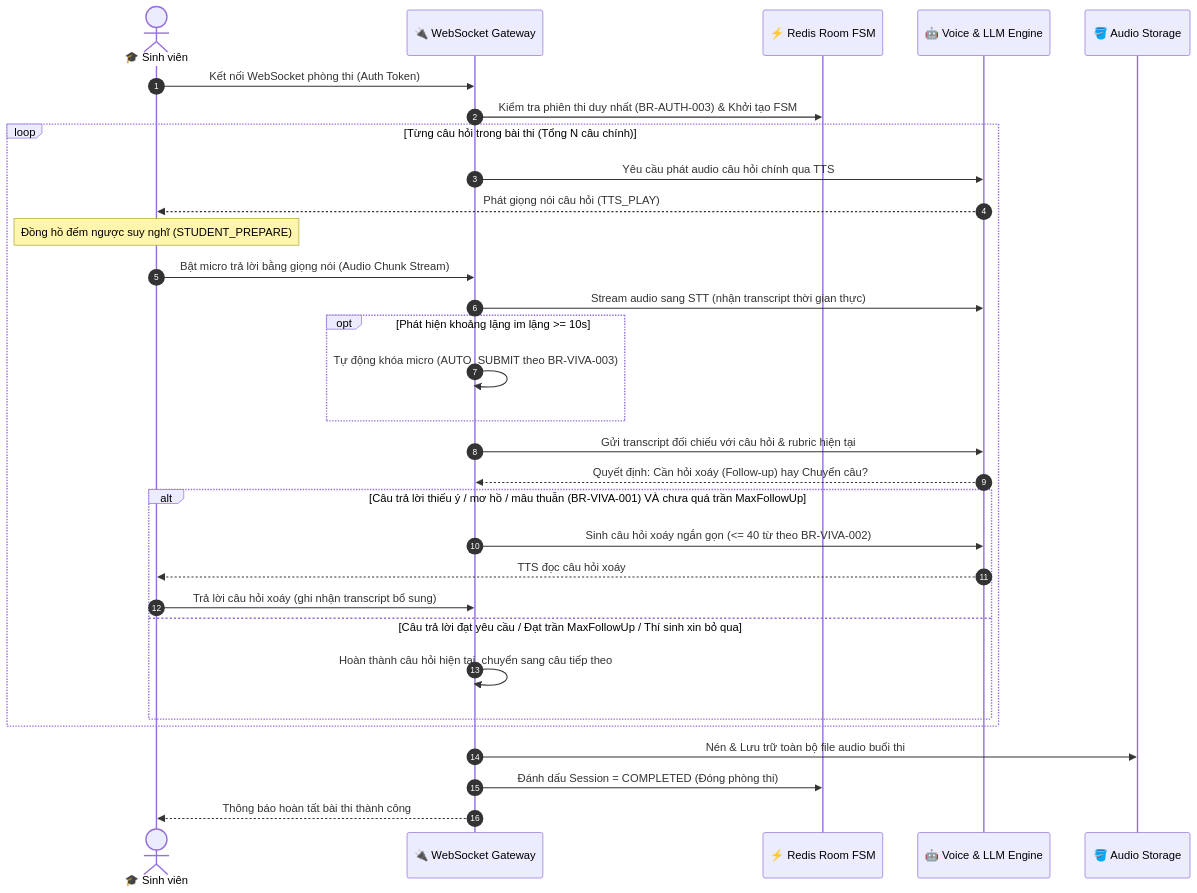
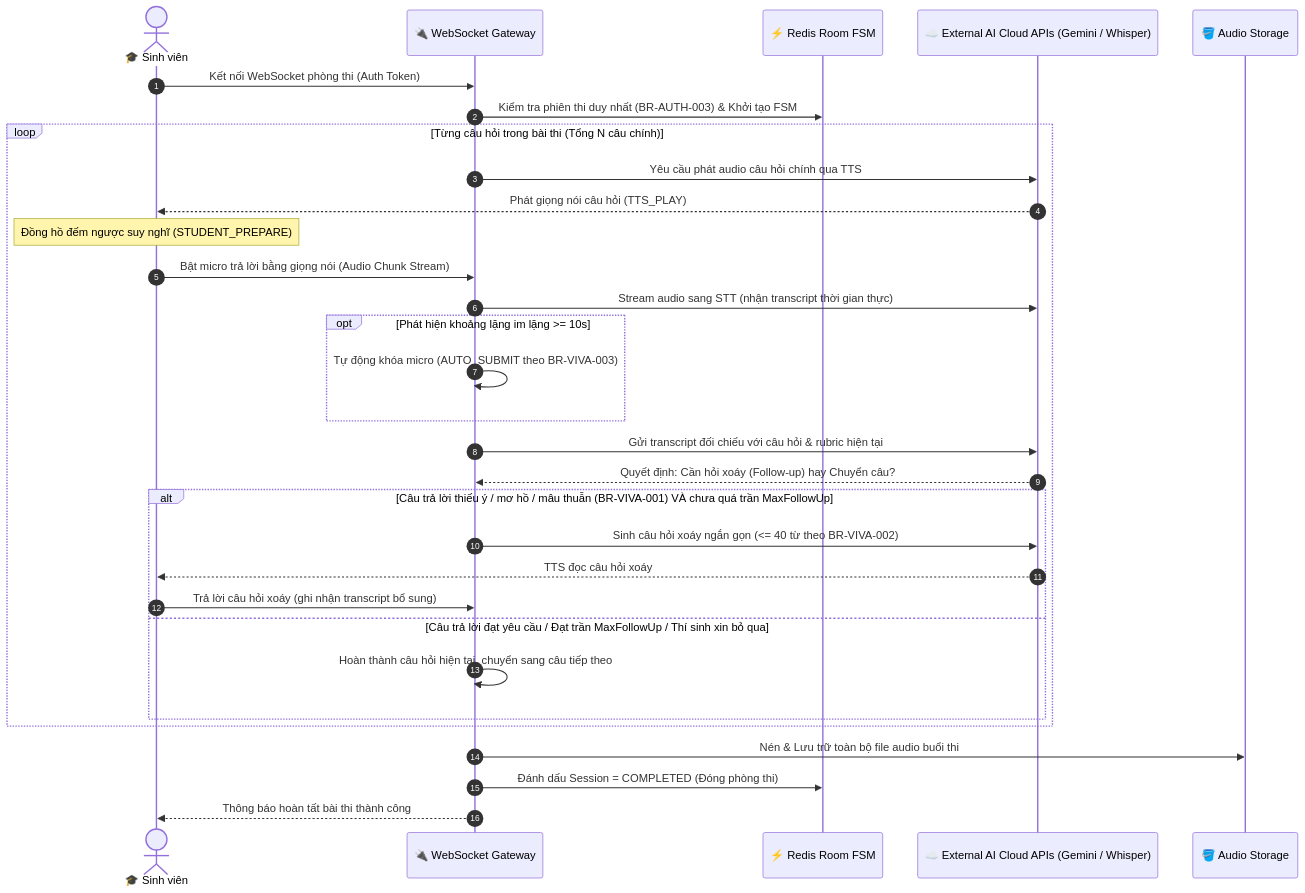
One commit to SWD392-Group-4/AI-powered-Viva-Exam-System changed the second of 3 diagrams in document/core-workflows.md. Above: the diagram before and after it, drawn with Mermaid. The commit also changed other lines of this file and 6 other files, not shown here.

Commit message:
docs: add system architecture, business rules, workflows, and use-case diagram for AIVES

````diff
--- a/document/core-workflows.md
+++ b/document/core-workflows.md
@@ -74,40 +74,40 @@
 ```mermaid
 sequenceDiagram
     autonumber
     actor STU as 🎓 Sinh viên
     participant WS as 🔌 WebSocket Gateway
     participant FSM as ⚡ Redis Room FSM
-    participant AI as 🤖 Voice & LLM Engine
+    participant AI as ☁️ External AI Cloud APIs (Gemini / Whisper)
     participant S3 as 🪣 Audio Storage
 
     STU->>WS: Kết nối WebSocket phòng thi (Auth Token)
     WS->>FSM: Kiểm tra phiên thi duy nhất (BR-AUTH-003) & Khởi tạo FSM
     
     loop Từng câu hỏi trong bài thi (Tổng N câu chính)
         WS->>AI: Yêu cầu phát audio câu hỏi chính qua TTS
         AI-->>STU: Phát giọng nói câu hỏi (TTS_PLAY)
         Note over STU: Đồng hồ đếm ngược suy nghĩ (STUDENT_PREPARE)
         
         STU->>WS: Bật micro trả lời bằng giọng nói (Audio Chunk Stream)
         WS->>AI: Stream audio sang STT (nhận transcript thời gian thực)
         
         opt Phát hiện khoảng lặng im lặng >= 10s
             WS->>WS: Tự động khóa micro (AUTO_SUBMIT theo BR-VIVA-003)
         end
         
         WS->>AI: Gửi transcript đối chiếu với câu hỏi & rubric hiện tại
         AI-->>WS: Quyết định: Cần hỏi xoáy (Follow-up) hay Chuyển câu?
         
         alt Câu trả lời thiếu ý / mơ hồ / mâu thuẫn (BR-VIVA-001) VÀ chưa quá trần MaxFollowUp
             WS->>AI: Sinh câu hỏi xoáy ngắn gọn (<= 40 từ theo BR-VIVA-002)
             AI-->>STU: TTS đọc câu hỏi xoáy
             STU->>WS: Trả lời câu hỏi xoáy (ghi nhận transcript bổ sung)
         else Câu trả lời đạt yêu cầu / Đạt trần MaxFollowUp / Thí sinh xin bỏ qua
             WS->>WS: Hoàn thành câu hỏi hiện tại, chuyển sang câu tiếp theo
         end
     end
     
     WS->>S3: Nén & Lưu trữ toàn bộ file audio buổi thi
     WS->>FSM: Đánh dấu Session = COMPLETED (Đóng phòng thi)
     WS-->>STU: Thông báo hoàn tất bài thi thành công
 ```
````
